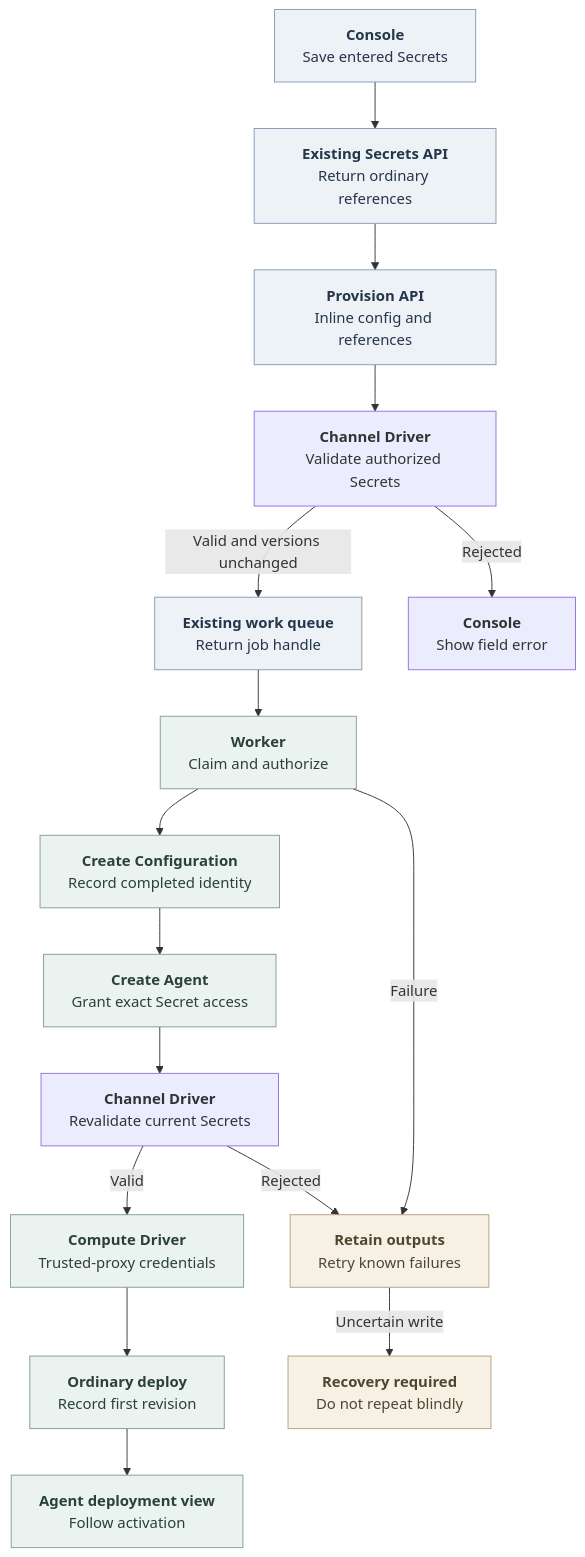
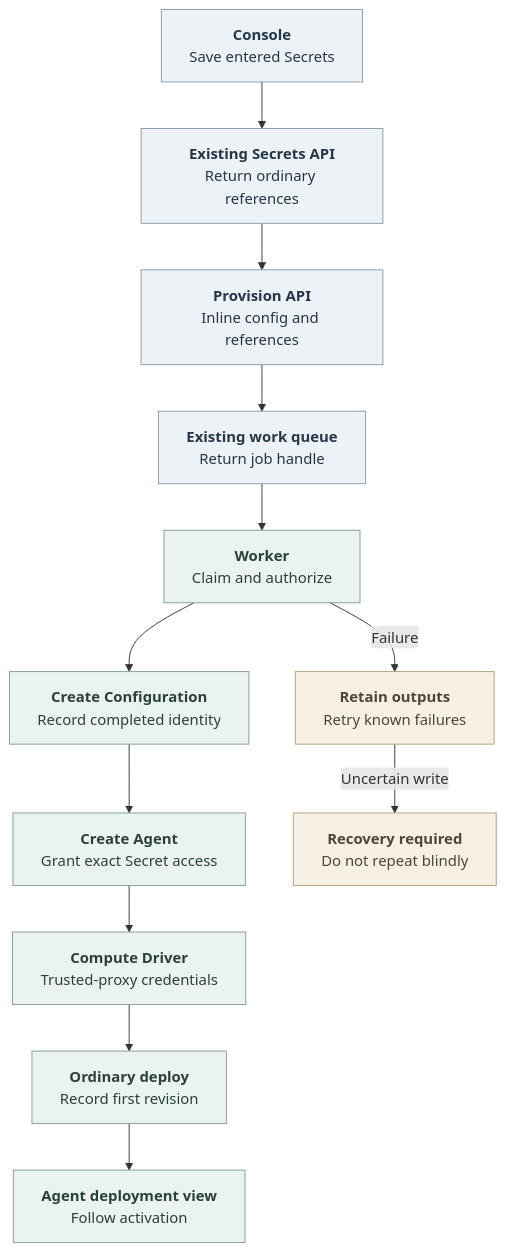
One commit to IsaiahStapleton/openclaw-enterprise changed the diagram in docs/flows/agent-provisioning.md. Above: the diagram before and after it, drawn with Mermaid. The commit also changed other lines of this file and 42 other files, not shown here.

````diff
--- a/docs/flows/agent-provisioning.md
+++ b/docs/flows/agent-provisioning.md
@@ -23,25 +23,21 @@
 ```mermaid
 graph TD
   Console["<b>Console</b><br/>Save entered Secrets"] --> Secrets["<b>Existing Secrets API</b><br/>Return ordinary references"]
   Secrets --> API["<b>Provision API</b><br/>Inline config and references"]
-  API --> Validate["<b>Channel Driver</b><br/>Validate authorized Secrets"]
-  Validate -->|Valid and versions unchanged| Queue["<b>Existing work queue</b><br/>Return job handle"]
+  API --> Queue["<b>Existing work queue</b><br/>Return job handle"]
   Queue --> Claim["<b>Worker</b><br/>Claim and authorize"]
   Claim --> Config["<b>Create Configuration</b><br/>Record completed identity"]
   Config --> Agent["<b>Create Agent</b><br/>Grant exact Secret access"]
-  Agent --> Revalidate["<b>Channel Driver</b><br/>Revalidate current Secrets"]
-  Revalidate -->|Valid| Transport["<b>Compute Driver</b><br/>Trusted-proxy credentials"]
+  Agent --> Transport["<b>Compute Driver</b><br/>Trusted-proxy credentials"]
   Transport --> Deploy["<b>Ordinary deploy</b><br/>Record first revision"]
   Deploy --> UI["<b>Agent deployment view</b><br/>Follow activation"]
-  Validate -->|Rejected| Error["<b>Console</b><br/>Show field error"]
-  Revalidate -->|Rejected| Failed
   Claim -->|Failure| Failed["<b>Retain outputs</b><br/>Retry known failures"]
   Failed -->|Uncertain write| Recovery["<b>Recovery required</b><br/>Do not repeat blindly"]
 
   classDef state fill:#EDF2F7,stroke:#879AB0,color:#25364A,stroke-width:1px
   classDef operation fill:#EBF3F0,stroke:#7F9D93,color:#2B4038,stroke-width:1px
   classDef condition fill:#F7F1E5,stroke:#B3A078,color:#514532,stroke-width:1px
   class Console,Secrets,API,Queue state
   class Claim,Config,Agent,Transport,Deploy,UI operation
   class Failed,Recovery condition
 ```
````
